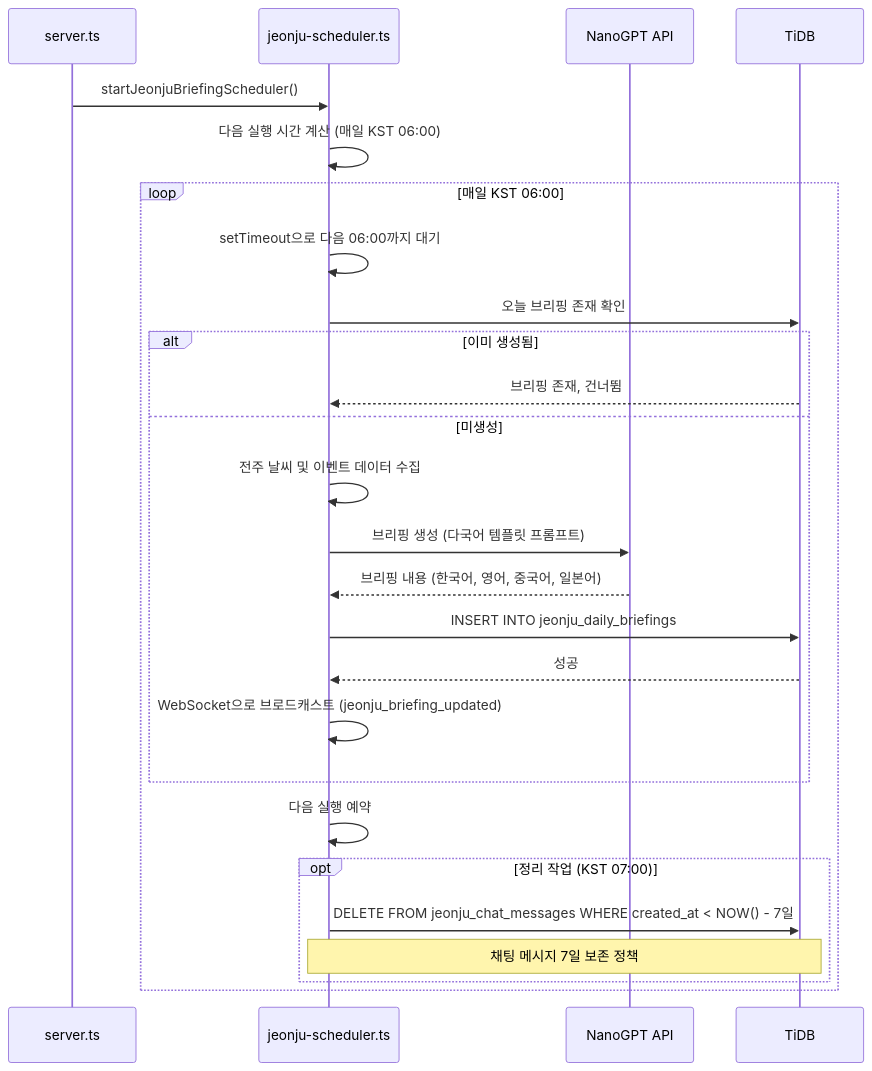
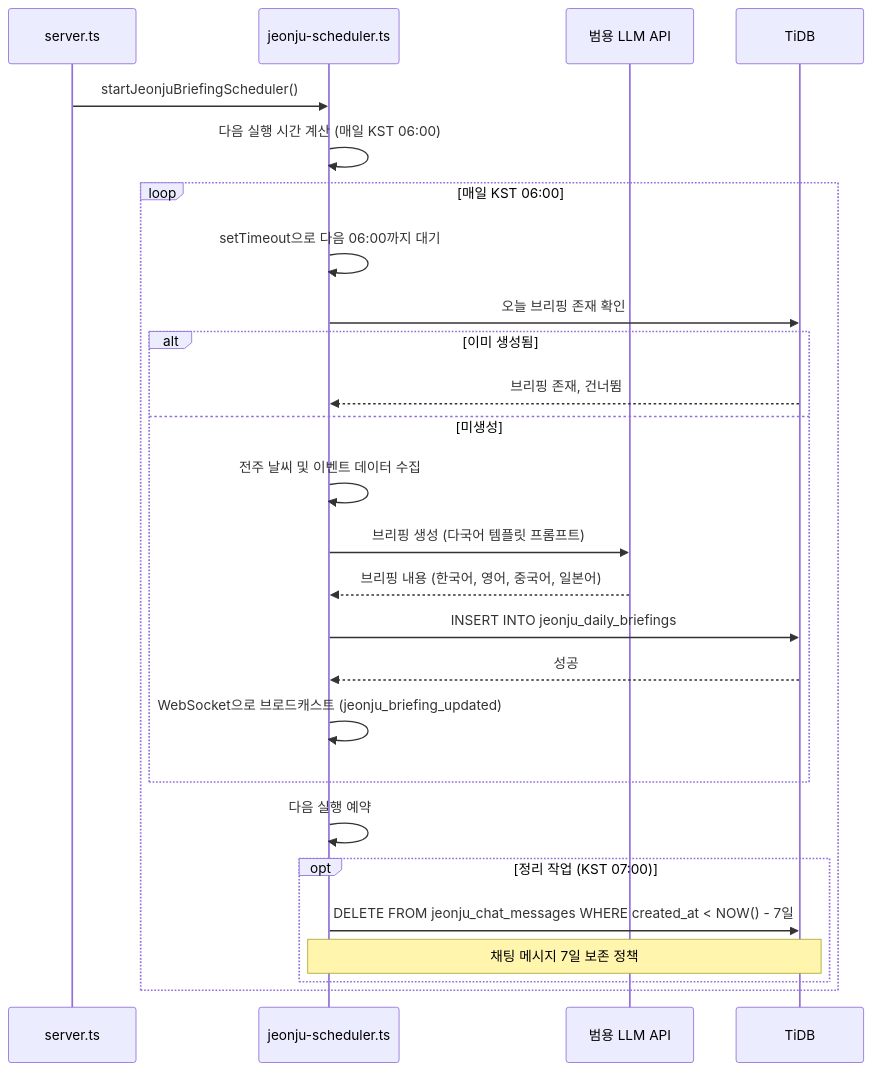
Before and after one commit to kim0040/Nadeulhae: diagram 17 of 17 in docs/ARCHITECTURE_UML_KO.md, drawn with Mermaid. The commit also changed other lines of this file and 28 other files, not shown here.

````diff
--- a/docs/ARCHITECTURE_UML_KO.md
+++ b/docs/ARCHITECTURE_UML_KO.md
@@ -1341,36 +1341,36 @@
 ```mermaid
 sequenceDiagram
     participant Server as server.ts
     participant Scheduler as jeonju-scheduler.ts
-    participant LLM as NanoGPT API
+    participant LLM as 범용 LLM API
     participant DB as TiDB
 
     Server->>Scheduler: startJeonjuBriefingScheduler()
     Scheduler->>Scheduler: 다음 실행 시간 계산 (매일 KST 06:00)
 
     loop 매일 KST 06:00
         Scheduler->>Scheduler: setTimeout으로 다음 06:00까지 대기
         
         Scheduler->>DB: 오늘 브리핑 존재 확인
         alt 이미 생성됨
             DB-->>Scheduler: 브리핑 존재, 건너뜀
         else 미생성
             Scheduler->>Scheduler: 전주 날씨 및 이벤트 데이터 수집
             
             Scheduler->>LLM: 브리핑 생성 (다국어 템플릿 프롬프트)
             LLM-->>Scheduler: 브리핑 내용 (한국어, 영어, 중국어, 일본어)
             
             Scheduler->>DB: INSERT INTO jeonju_daily_briefings
             DB-->>Scheduler: 성공
             
             Scheduler->>Scheduler: WebSocket으로 브로드캐스트 (jeonju_briefing_updated)
         end
         
         Scheduler->>Scheduler: 다음 실행 예약
 
         opt 정리 작업 (KST 07:00)
             Scheduler->>DB: DELETE FROM jeonju_chat_messages WHERE created_at < NOW() - 7일
             Note over Scheduler,DB: 채팅 메시지 7일 보존 정책
         end
     end
 ```
````
